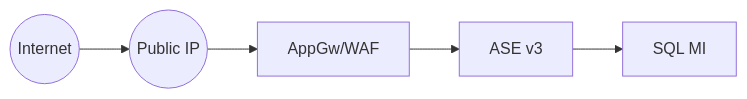
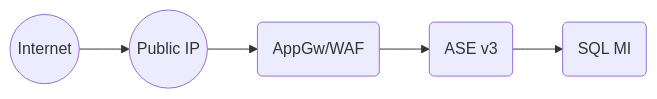
The seventh of 7 diagrams in README.md (msalemor/app-services-networking), drawn with Mermaid before and after one commit. The commit also changed other lines of this file, not shown here.

````diff
--- a/README.md
+++ b/README.md
@@ -168,7 +169,7 @@
 ```mermaid
 graph LR;
     A((Internet))-->B((Public IP));
-    B-->C[AppGw/WAF];
-    C-->D[ASE v3];
-    D-->E[SQL MI]
+    B-->C(AppGw/WAF);
+    C-->D(ASE v3);
+    D-->E(SQL MI);
 ```
````
